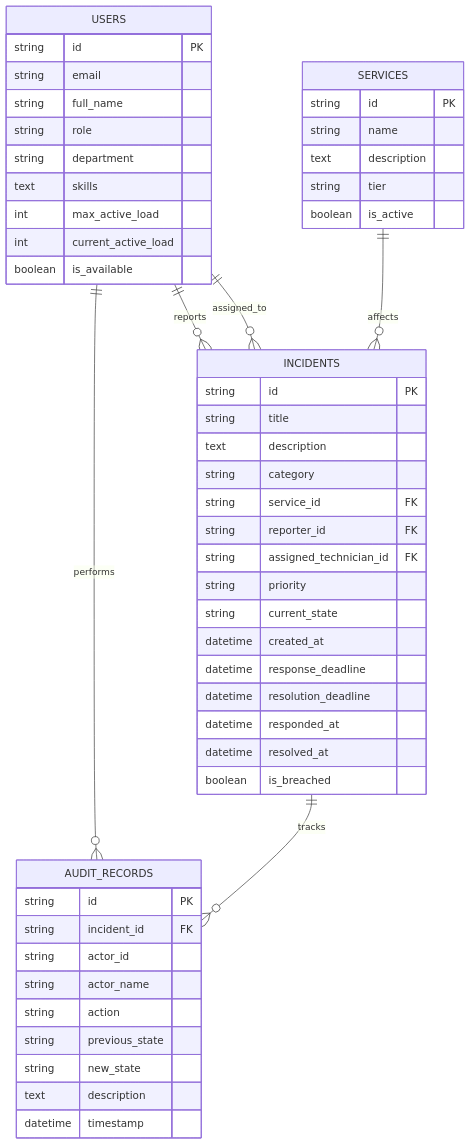
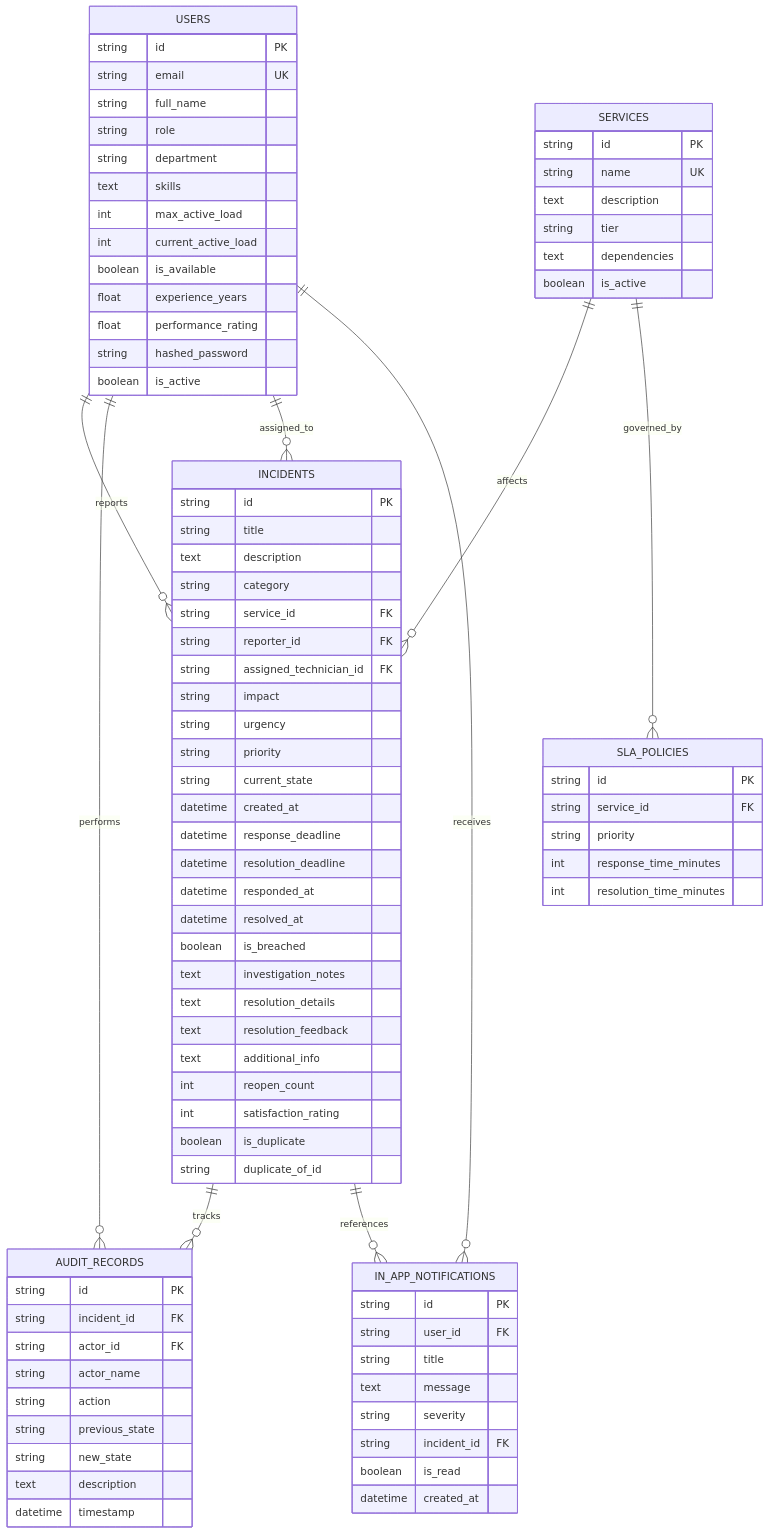
Before and after one commit to daksh-tamoli/OOPS_PROJECT_26: the fourth of 4 diagrams in PROJECT_REPORT.md, drawn with Mermaid. The commit also changed other lines of this file and 15 other files, not shown here.

````diff
--- a/PROJECT_REPORT.md
+++ b/PROJECT_REPORT.md
@@ -252,12 +554,15 @@
     USERS ||--o{ INCIDENTS : "reports"
     USERS ||--o{ AUDIT_RECORDS : "performs"
     USERS ||--o{ INCIDENTS : "assigned_to"
+    USERS ||--o{ IN_APP_NOTIFICATIONS : "receives"
     SERVICES ||--o{ INCIDENTS : "affects"
+    SERVICES ||--o{ SLA_POLICIES : "governed_by"
     INCIDENTS ||--o{ AUDIT_RECORDS : "tracks"
+    INCIDENTS ||--o{ IN_APP_NOTIFICATIONS : "references"
 
     USERS {
         string id PK
-        string email
+        string email UK
         string full_name
         string role
         string department
@@ -265,14 +570,27 @@
         int max_active_load
         int current_active_load
         boolean is_available
+        float experience_years
+        float performance_rating
+        string hashed_password
+        boolean is_active
     }
 
     SERVICES {
         string id PK
-        string name
+        string name UK
         text description
         string tier
+        text dependencies
         boolean is_active
+    }
+
+    SLA_POLICIES {
+        string id PK
+        string service_id FK
+        string priority
+        int response_time_minutes
+        int resolution_time_minutes
     }
 
     INCIDENTS {
@@ -283,6 +601,8 @@
         string service_id FK
         string reporter_id FK
         string assigned_technician_id FK
+        string impact
+        string urgency
         string priority
         string current_state
         datetime created_at
@@ -291,12 +611,20 @@
         datetime responded_at
         datetime resolved_at
         boolean is_breached
+        text investigation_notes
+        text resolution_details
+        text resolution_feedback
+        text additional_info
+        int reopen_count
+        int satisfaction_rating
+        boolean is_duplicate
+        string duplicate_of_id
     }
 
     AUDIT_RECORDS {
         string id PK
         string incident_id FK
-        string actor_id
+        string actor_id FK
         string actor_name
         string action
         string previous_state
@@ -304,4 +632,15 @@
         text description
         datetime timestamp
     }
+
+    IN_APP_NOTIFICATIONS {
+        string id PK
+        string user_id FK
+        string title
+        text message
+        string severity
+        string incident_id FK
+        boolean is_read
+        datetime created_at
+    }
 ```
````
